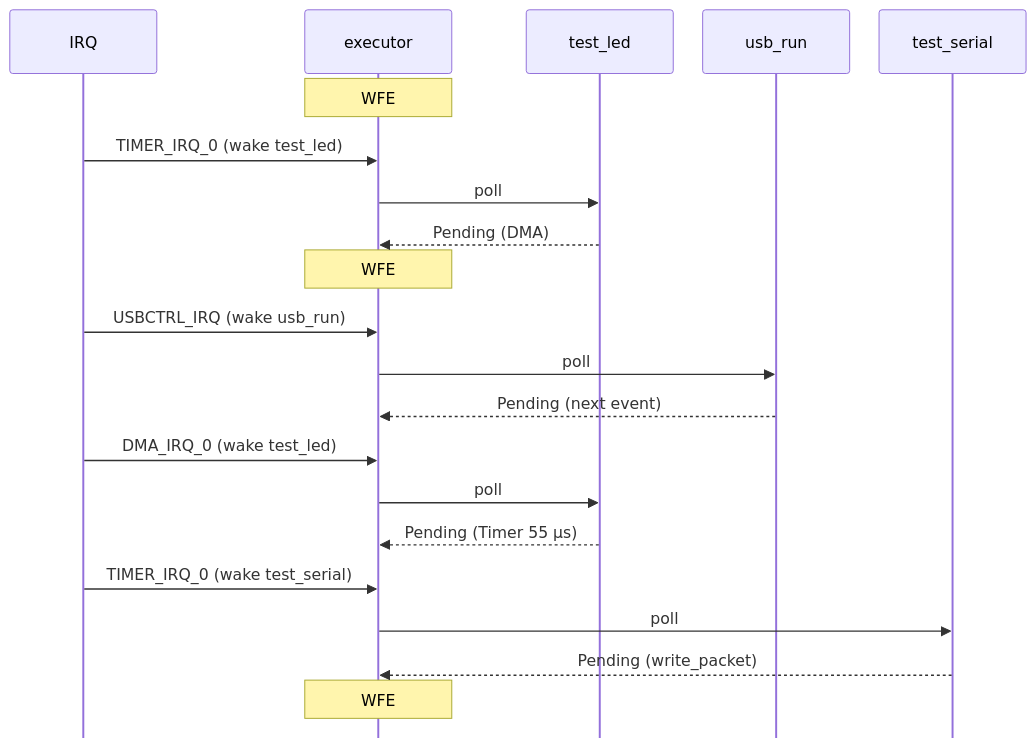
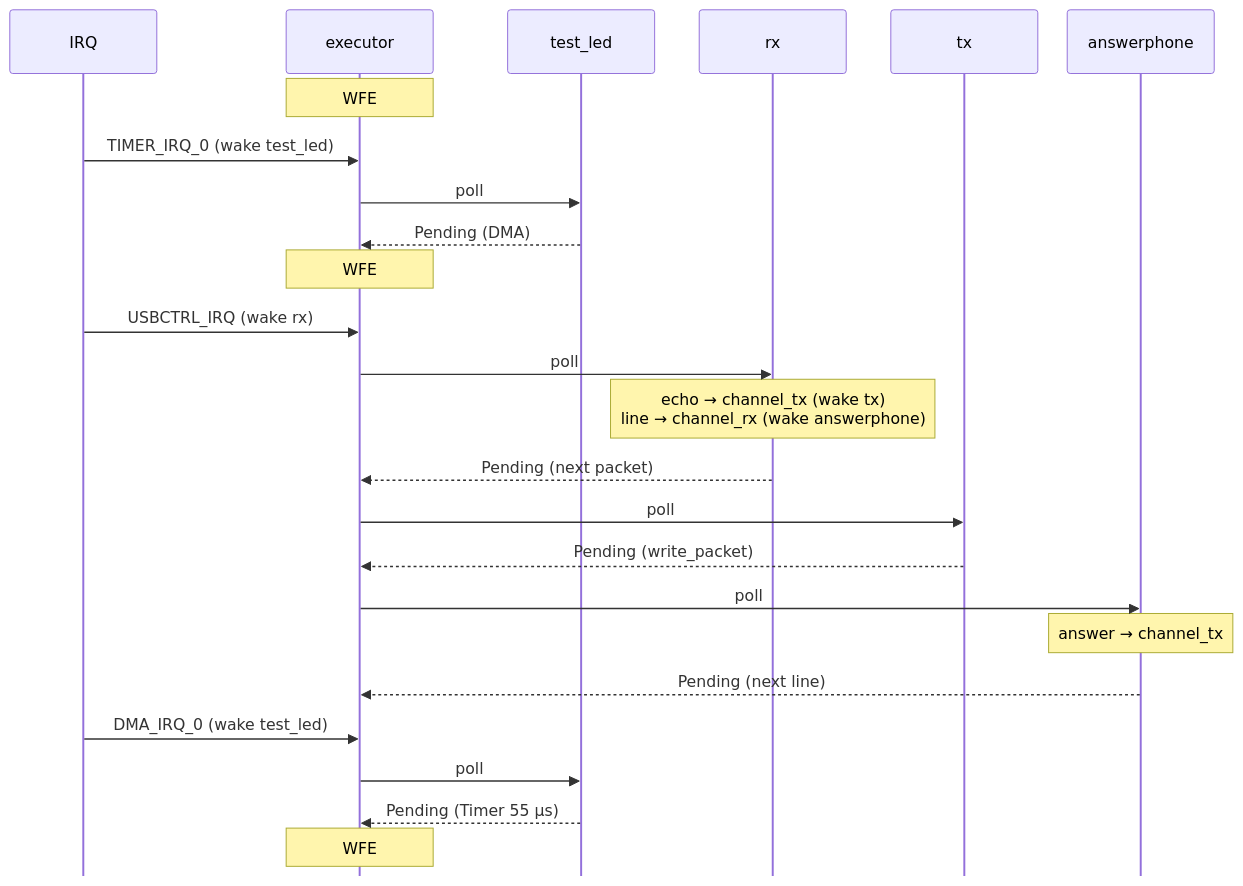
The diagram in docs/LIFECYCLE.md (flinguenheld/rusty_chew), drawn with Mermaid before and after one commit. The commit also changed other lines of this file and 16 other files, not shown here.

Commit message:
Serial - add answerphone & echo, RX/TX use SERIAL directly, docs SERIAL.md

````diff
--- a/docs/LIFECYCLE.md
+++ b/docs/LIFECYCLE.md
@@ -184,25 +190,29 @@
 ```mermaid
 %%{init: {"sequence": {"mirrorActors": false, "diagramMarginX": 10, "diagramMarginY": 10, "actorMargin": 30, "boxMargin": 5}}}%%
 sequenceDiagram
     participant HW as IRQ
     participant Ex as executor
     participant LED as test_led
-    participant Run as usb_run
-    participant Ser as test_serial
+    participant Rx as rx
+    participant Tx as tx
+    participant Ans as answerphone
 
     Note over Ex: WFE
     HW->>Ex: TIMER_IRQ_0 (wake test_led)
     Ex->>LED: poll
     LED-->>Ex: Pending (DMA)
     Note over Ex: WFE
-    HW->>Ex: USBCTRL_IRQ (wake usb_run)
-    Ex->>Run: poll
-    Run-->>Ex: Pending (next event)
+    HW->>Ex: USBCTRL_IRQ (wake rx)
+    Ex->>Rx: poll
+    Note over Rx: echo → channel_tx (wake tx)<br/>line → channel_rx (wake answerphone)
+    Rx-->>Ex: Pending (next packet)
+    Ex->>Tx: poll
+    Tx-->>Ex: Pending (write_packet)
+    Ex->>Ans: poll
+    Note over Ans: answer → channel_tx
+    Ans-->>Ex: Pending (next line)
     HW->>Ex: DMA_IRQ_0 (wake test_led)
     Ex->>LED: poll
     LED-->>Ex: Pending (Timer 55 µs)
-    HW->>Ex: TIMER_IRQ_0 (wake test_serial)
-    Ex->>Ser: poll
-    Ser-->>Ex: Pending (write_packet)
     Note over Ex: WFE
 ```
````
